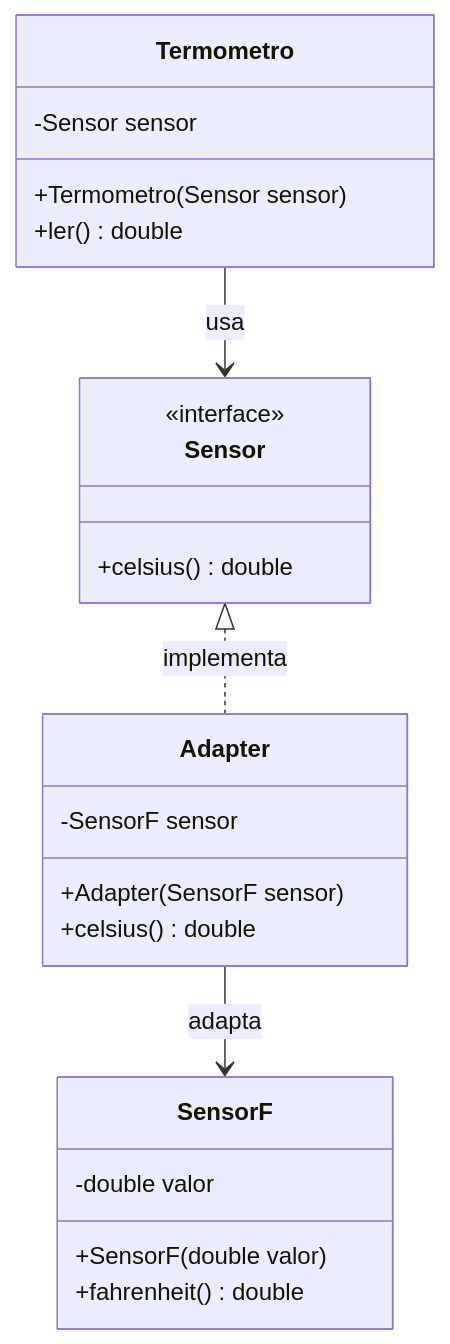
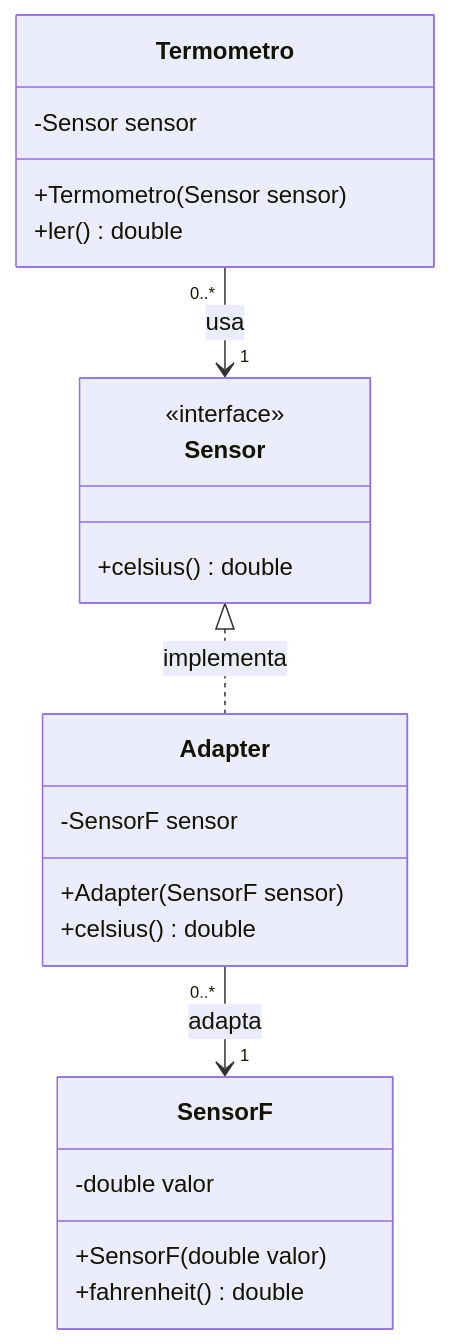
The diagram in README.md (Pablo10544/Adapter), drawn with Mermaid before and after one commit.

Commit message:
ajuste readme

````diff
--- a/README.md
+++ b/README.md
@@ -2,29 +2,29 @@
 ```mermaid
 classDiagram
     class Sensor {
         <<interface>>
         +celsius() double
     }
 
     class SensorF {
         -double valor
         +SensorF(double valor)
         +fahrenheit() double
     }
 
     class Adapter {
         -SensorF sensor
         +Adapter(SensorF sensor)
         +celsius() double
     }
 
     class Termometro {
         -Sensor sensor
         +Termometro(Sensor sensor)
         +ler() double
     }
 
     Sensor <|.. Adapter : implementa
-    Adapter --> SensorF : adapta
-    Termometro --> Sensor : usa
+    Adapter "0..*" --> "1" SensorF : adapta
+    Termometro "0..*" --> "1" Sensor : usa
 ```
````
